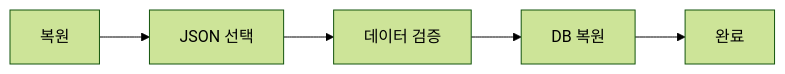
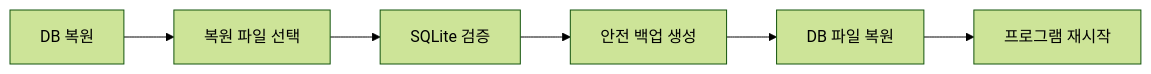
Before and after one commit to PKT0623/PixivLocalManager: the tenth of 13 diagrams in docs/03_SYSTEM_FLOW.md, drawn with Mermaid (forest theme). The commit also changed other lines of this file and 11 other files, not shown here.

````diff
--- a/docs/03_SYSTEM_FLOW.md
+++ b/docs/03_SYSTEM_FLOW.md
@@ -160,13 +227,15 @@
 ```mermaid
 flowchart LR
 
-A[복원]
+A[DB 복원]
 
-A --> B[JSON 선택]
+A --> B[복원 파일 선택]
 
-B --> C[데이터 검증]
+B --> C[SQLite 검증]
 
-C --> D[DB 복원]
+C --> D[안전 백업 생성]
 
-D --> E[완료]
+D --> E[DB 파일 복원]
+
+E --> F[프로그램 재시작]
 ```
````
